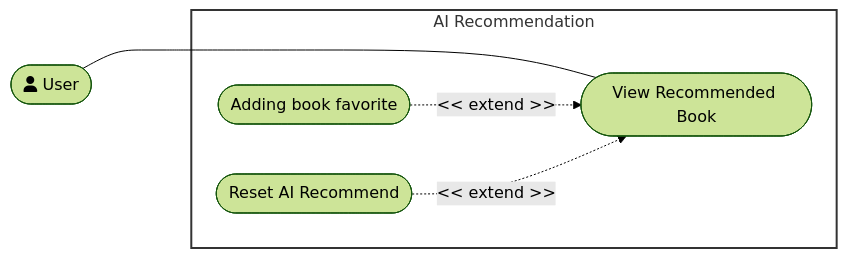
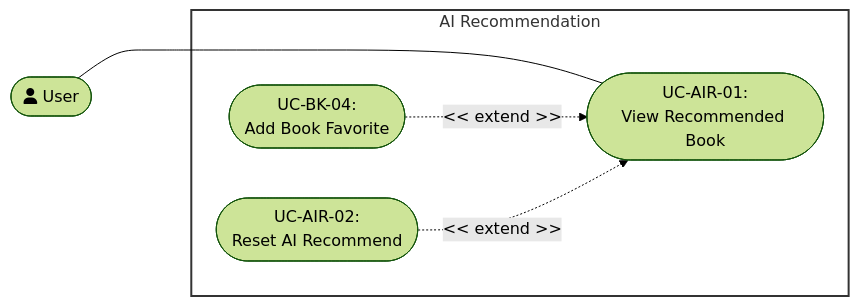
The seventh of 9 diagrams in docs/management/PA3/Use-CaseDiagram.md (DuyNhat1705/AmeThyst-Library), drawn with Mermaid (forest theme) before and after one commit. The commit also changed other lines of this file and 4 other files, not shown here.

````diff
--- a/docs/management/PA3/Use-CaseDiagram.md
+++ b/docs/management/PA3/Use-CaseDiagram.md
@@ -305,14 +305,14 @@
 ```mermaid
 flowchart LR
  subgraph AIRecommendation["AI Recommendation"]
-        UC1(["Adding book favorite"])
-        UC2(["View Recommended Book"])
-        UC3(["Reset AI Recommend"])
+        UC1(["<center>UC-BK-04:<br>Add Book Favorite</center>"])
+        UC2(["<center>UC-AIR-01:<br>View Recommended Book</center>"])
+        UC3(["<center>UC-AIR-02:<br>Reset AI Recommend</center>"])
   end
-    ActorUser(["fa:fa-user User"]) ~~~~ AIRecommendation 
+    ActorUser(["<center>fa:fa-user User</center>"]) ~~~~ AIRecommendation 
     ActorUser --- UC2
     UC1 -. "<< extend >>" .-> UC2
     UC3 -. "<< extend >>" .-> UC2
 
     style AIRecommendation fill:#fff,stroke:#333,stroke-width:2px
 ```
````
